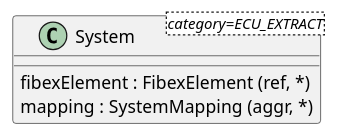
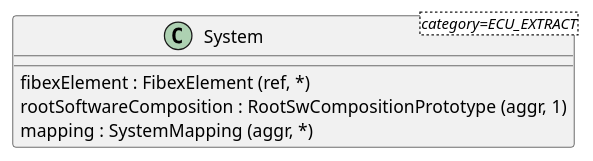
The first of 3 diagrams in vault-base/AUTOSAR-ECU-Extract.md (hazemanwer2000/knowledge-base), drawn with PlantUML before and after one commit. The commit also changed other lines of this file, not shown here.

````diff
--- a/vault-base/AUTOSAR-ECU-Extract.md
+++ b/vault-base/AUTOSAR-ECU-Extract.md
@@ -16,6 +17,7 @@
 ```plantuml
 class System <category=ECU_EXTRACT> {
 	fibexElement : FibexElement (ref, *)
+	rootSoftwareComposition : RootSwCompositionPrototype (aggr, 1)
 	mapping : SystemMapping (aggr, *)
 }
 ```
````
